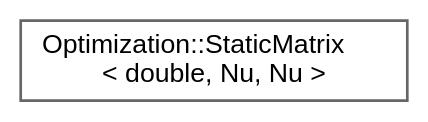
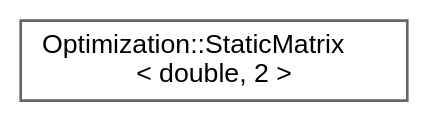
Before and after one commit to jswoo0615/Algorithms_for_Optimization_cpp: the diagram in inherit_graph_70.dot, drawn with Graphviz. The commit also changed 108 other files, not shown here.

```diff
--- a/inherit_graph_70.dot
+++ b/inherit_graph_70.dot
@@ -1,9 +1,9 @@
 digraph "Graphical Class Hierarchy"
 {
  // LATEX_PDF_SIZE
   bgcolor="transparent";
   edge [fontname=Helvetica,fontsize=10,labelfontname=Helvetica,labelfontsize=10];
   node [fontname=Helvetica,fontsize=10,shape=box,height=0.2,width=0.4];
   rankdir="LR";
-  Node0 [id="Node000000",label="Optimization::StaticMatrix\l\< double, Nu, Nu \>",height=0.2,width=0.4,color="grey40", fillcolor="white", style="filled",URL="$classOptimization_1_1StaticMatrix.html",tooltip=" "];
+  Node0 [id="Node000000",label="Optimization::StaticMatrix\l\< double, 2 \>",height=0.2,width=0.4,color="grey40", fillcolor="white", style="filled",URL="$classOptimization_1_1StaticMatrix.html",tooltip=" "];
 }
```
